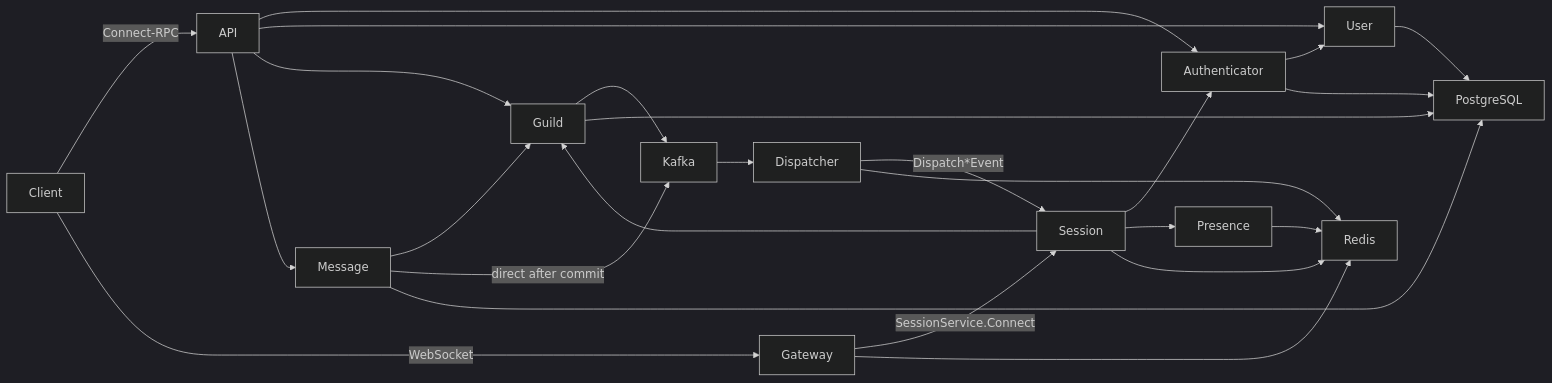
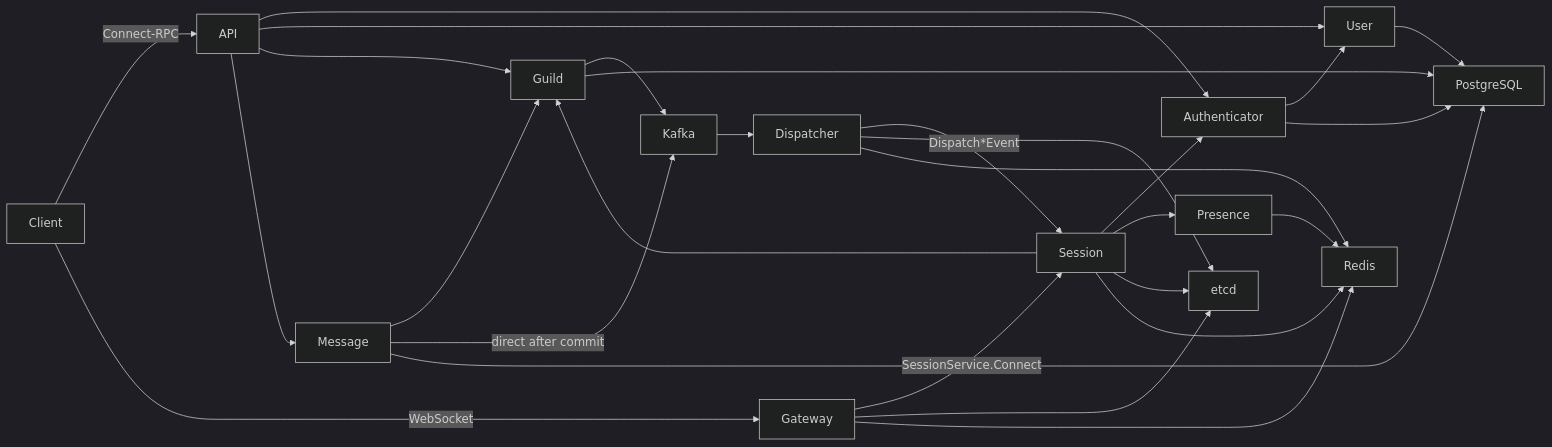
Before and after one commit to soasurs/cordis: the diagram in docs/en/overview.md, drawn with Mermaid (dark theme). The commit also changed other lines of this file and 40 other files, not shown here.

First line of the commit message:
feat(realtime): migrate session discovery to etcd

````diff
--- a/docs/en/overview.md
+++ b/docs/en/overview.md
@@ -7,27 +7,30 @@
 ```mermaid
 flowchart LR
     Client -->|Connect-RPC| API
     Client -->|WebSocket| Gateway
     API --> Authenticator
     API --> User
     API --> Guild
     API --> Message
     Authenticator --> User
     Message --> Guild
     Gateway -->|SessionService.Connect| Session
     Session --> Authenticator
     Session --> Guild
     Session --> Presence
     Guild --> Kafka
     Message -->|direct after commit| Kafka
     Kafka --> Dispatcher
     Dispatcher -->|Dispatch*Event| Session
+    Gateway --> etcd
+    Session --> etcd
+    Dispatcher --> etcd
     Gateway --> Redis
     Session --> Redis
     Dispatcher --> Redis
     Presence --> Redis
     User --> PostgreSQL
     Authenticator --> PostgreSQL
     Guild --> PostgreSQL
     Message --> PostgreSQL
 ```
````
